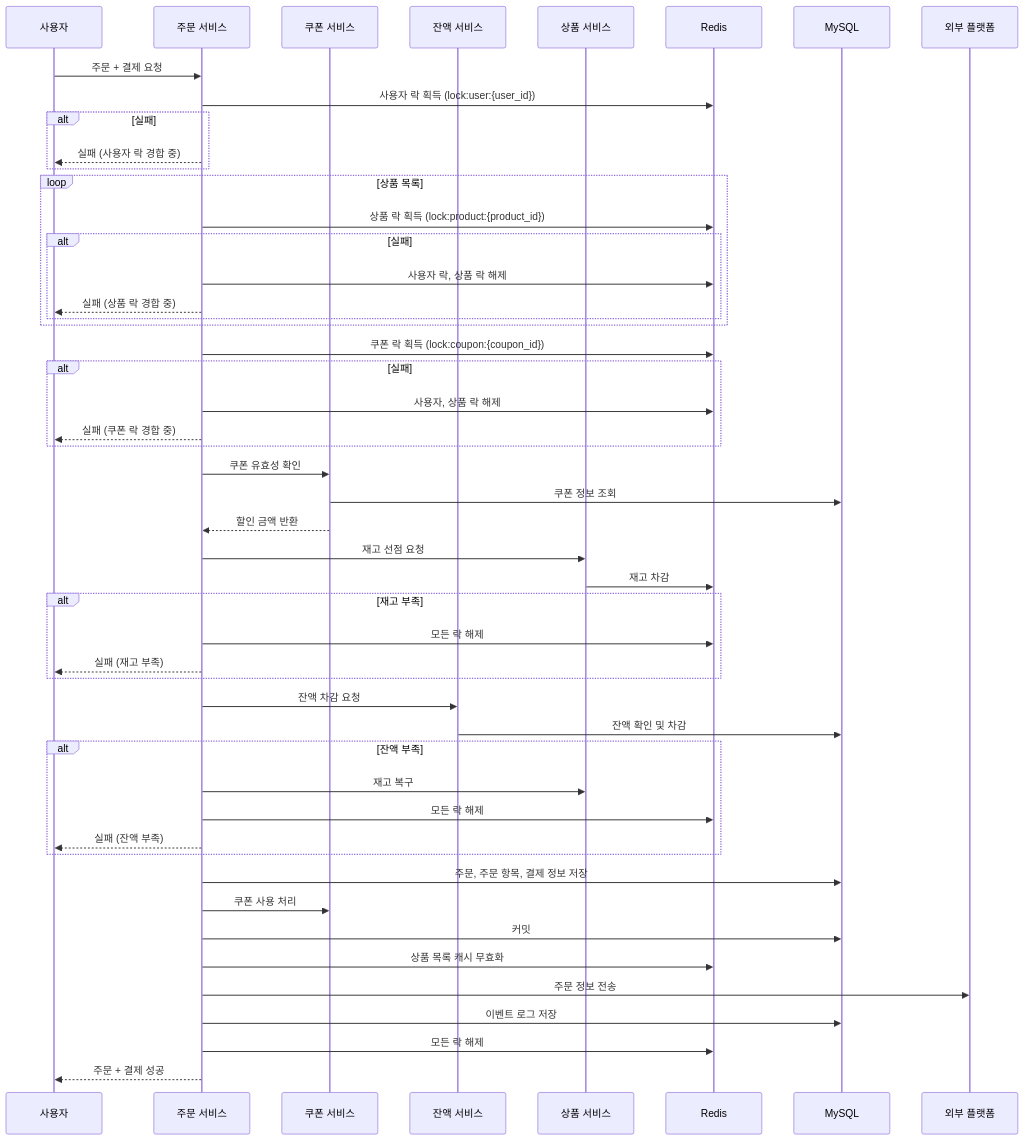
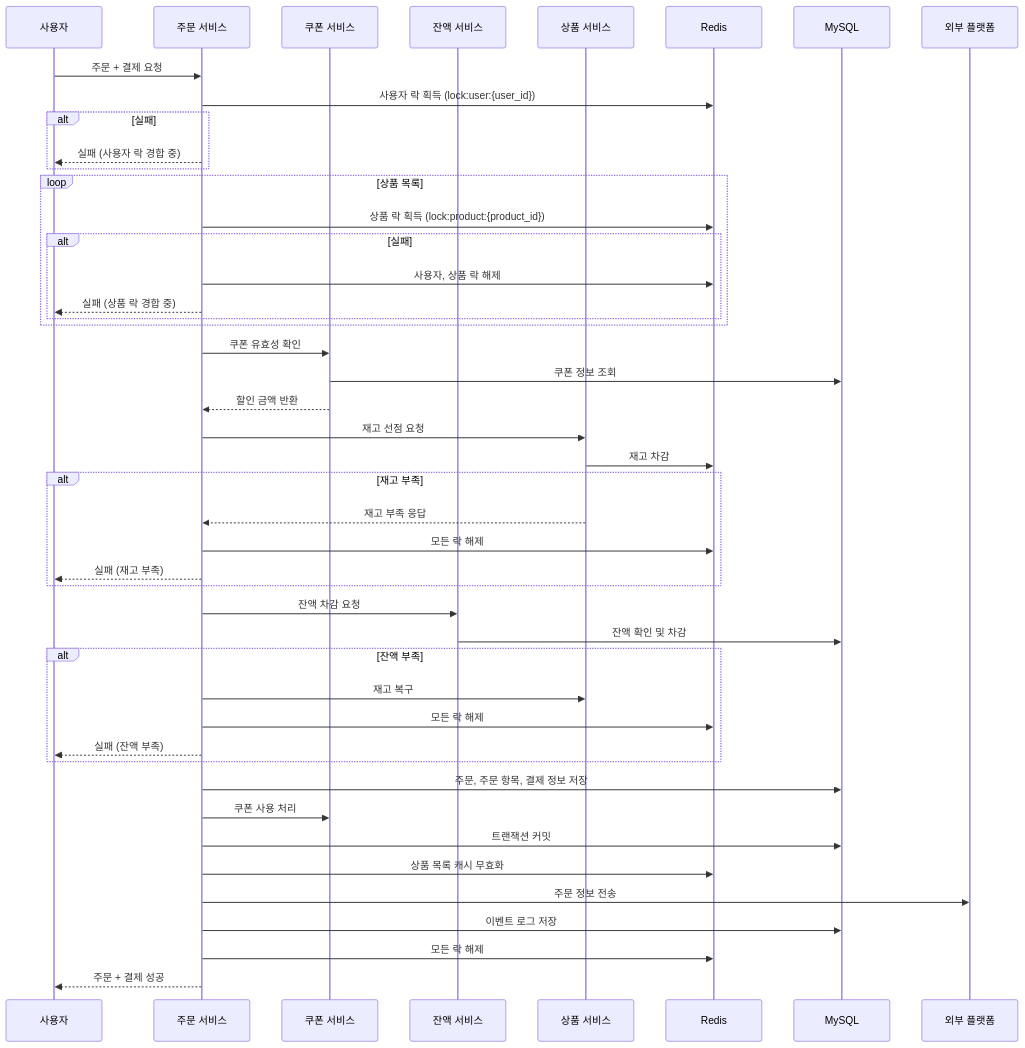
One commit to DevDior/e-commers-server-java changed the fourth of 7 diagrams in docs/sequence.md. Above: the diagram before and after it, drawn with Mermaid. The commit also changed other lines of this file, not shown here.

Commit message:
[DOCS] 시퀀스 다이어그램 Update

````diff
--- a/docs/sequence.md
+++ b/docs/sequence.md
@@ -71,63 +71,57 @@
 ```mermaid
 sequenceDiagram
     participant 사용자
     participant 주문 서비스
     participant 쿠폰 서비스
     participant 잔액 서비스
     participant 상품 서비스
     participant Redis
     participant MySQL
     participant 외부 플랫폼
 
     사용자->>주문 서비스: 주문 + 결제 요청
 
     주문 서비스->>Redis: 사용자 락 획득 (lock:user:{user_id})
     alt 실패
         주문 서비스-->>사용자: 실패 (사용자 락 경합 중)
     end
 
     loop 상품 목록
         주문 서비스->>Redis: 상품 락 획득 (lock:product:{product_id})
         alt 실패
-            주문 서비스->>Redis: 사용자 락, 상품 락 해제
+            주문 서비스->>Redis: 사용자, 상품 락 해제
             주문 서비스-->>사용자: 실패 (상품 락 경합 중)
         end
-    end
-
-    주문 서비스->>Redis: 쿠폰 락 획득 (lock:coupon:{coupon_id})
-    alt 실패
-        주문 서비스->>Redis: 사용자, 상품 락 해제
-        주문 서비스-->>사용자: 실패 (쿠폰 락 경합 중)
     end
 
     주문 서비스->>쿠폰 서비스: 쿠폰 유효성 확인
     쿠폰 서비스->>MySQL: 쿠폰 정보 조회
     쿠폰 서비스-->>주문 서비스: 할인 금액 반환
 
     주문 서비스->>상품 서비스: 재고 선점 요청
     상품 서비스->>Redis: 재고 차감
     alt 재고 부족
+        상품 서비스-->> 주문 서비스: 재고 부족 응답
         주문 서비스->>Redis: 모든 락 해제
         주문 서비스-->>사용자: 실패 (재고 부족)
     end
 
     주문 서비스->>잔액 서비스: 잔액 차감 요청
     잔액 서비스->>MySQL: 잔액 확인 및 차감
     alt 잔액 부족
         주문 서비스->>상품 서비스: 재고 복구
         주문 서비스->>Redis: 모든 락 해제
         주문 서비스-->>사용자: 실패 (잔액 부족)
     end
 
     주문 서비스->>MySQL: 주문, 주문 항목, 결제 정보 저장
     주문 서비스->>쿠폰 서비스: 쿠폰 사용 처리
-    주문 서비스->>MySQL: 커밋
+    주문 서비스->>MySQL: 트랜잭션 커밋
 
     주문 서비스->>Redis: 상품 목록 캐시 무효화
     주문 서비스->>외부 플랫폼: 주문 정보 전송
     주문 서비스->>MySQL: 이벤트 로그 저장
 
     주문 서비스->>Redis: 모든 락 해제
     주문 서비스-->>사용자: 주문 + 결제 성공
-
 ```
````
